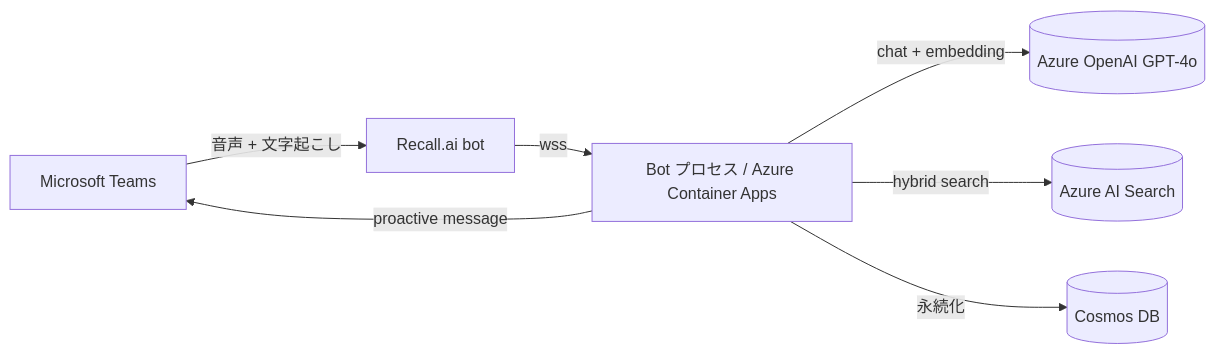
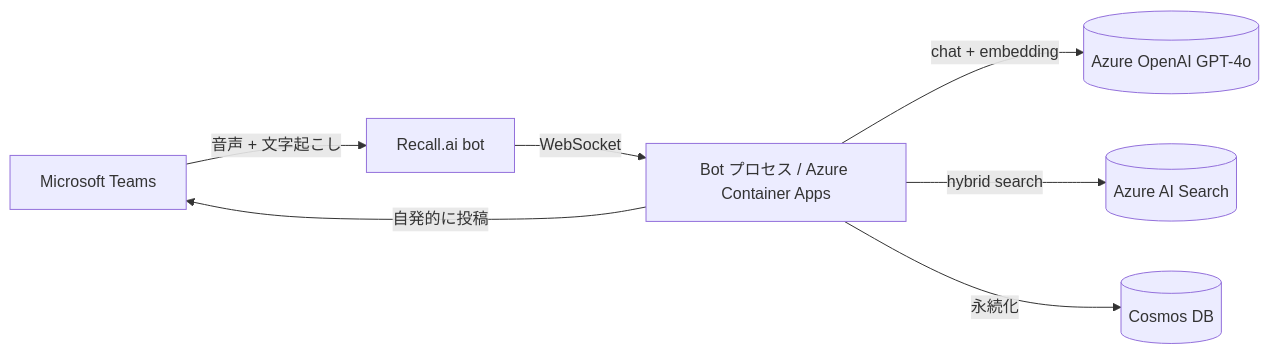
Before and after one commit to MOCHITEC/MOCHI-kiki: the diagram in articles/mochi-kiki-teams-agent/draft.md, drawn with Mermaid. The commit also changed other lines of this file, not shown here.

````diff
--- a/articles/mochi-kiki-teams-agent/draft.md
+++ b/articles/mochi-kiki-teams-agent/draft.md
@@ -24,9 +24,9 @@
 ```mermaid
 flowchart LR
     Teams[Microsoft Teams] -->|音声 + 文字起こし| Recall[Recall.ai bot]
-    Recall -->|wss| Bot[Bot プロセス / Azure Container Apps]
+    Recall -->|WebSocket| Bot[Bot プロセス / Azure Container Apps]
     Bot -->|chat + embedding| AOAI[(Azure OpenAI GPT-4o)]
     Bot -->|hybrid search| Search[(Azure AI Search)]
     Bot -->|永続化| Cosmos[(Cosmos DB)]
-    Bot -->|proactive message| Teams
+    Bot -->|自発的に投稿| Teams
 ```
````
